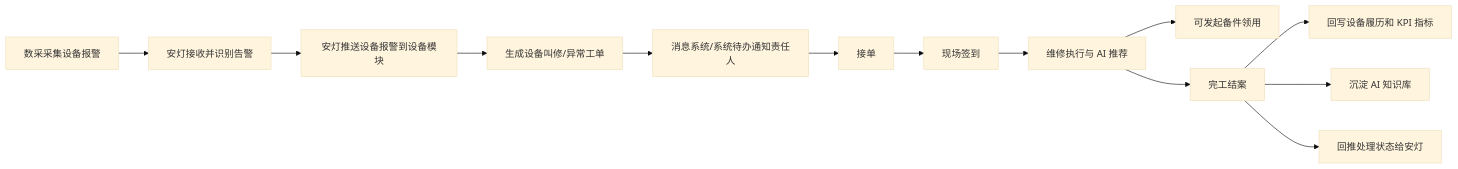
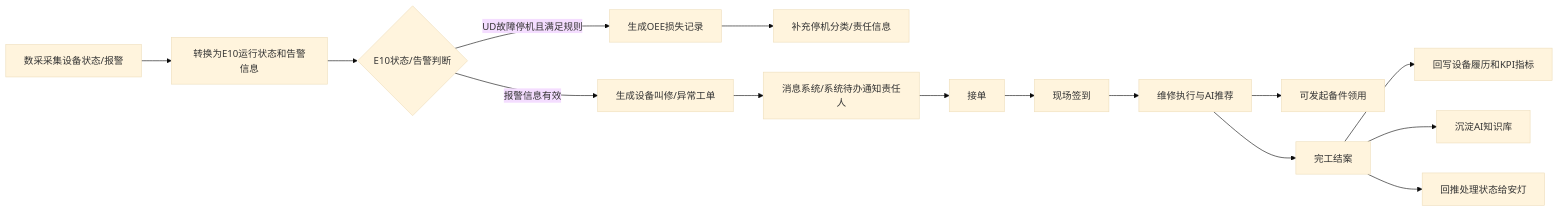
The first of 4 diagrams in 需求分析/00-总览与跨模块链路.md (front-yummy/equipment-management-standard), drawn with Mermaid (base theme) before and after one commit. The commit also changed other lines of this file and 40 other files, not shown here.

````diff
--- a/需求分析/00-总览与跨模块链路.md
+++ b/需求分析/00-总览与跨模块链路.md
@@ -33,15 +33,17 @@
 ```mermaid
 flowchart LR
-    A[数采采集设备报警] --> B[安灯接收并识别告警]
-    B --> C[安灯推送设备报警到设备模块]
-    C --> D[生成设备叫修/异常工单]
-    D --> E[消息系统/系统待办通知责任人]
-    E --> F[接单]
-    F --> G[现场签到]
-    G --> H[维修执行与 AI 推荐]
-    H --> I[可发起备件领用]
-    H --> J[完工结案]
-    J --> K[回写设备履历和 KPI 指标]
-    J --> L[沉淀 AI 知识库]
-    J --> M[回推处理状态给安灯]
+    A[数采采集设备状态/报警] --> B[转换为E10运行状态和告警信息]
+    B --> C{E10状态/告警判断}
+    C -->|UD故障停机且满足规则| D[生成OEE损失记录]
+    C -->|报警信息有效| E[生成设备叫修/异常工单]
+    D --> F[补充停机分类/责任信息]
+    E --> G[消息系统/系统待办通知责任人]
+    G --> H[接单]
+    H --> I[现场签到]
+    I --> J[维修执行与AI推荐]
+    J --> K[可发起备件领用]
+    J --> L[完工结案]
+    L --> M[回写设备履历和KPI指标]
+    L --> N[沉淀AI知识库]
+    L --> O[回推处理状态给安灯]
 ```
````
